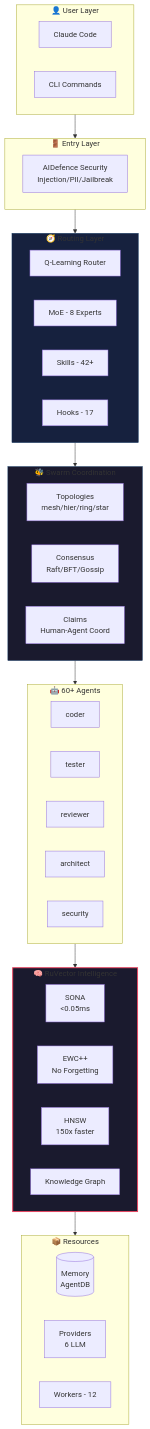
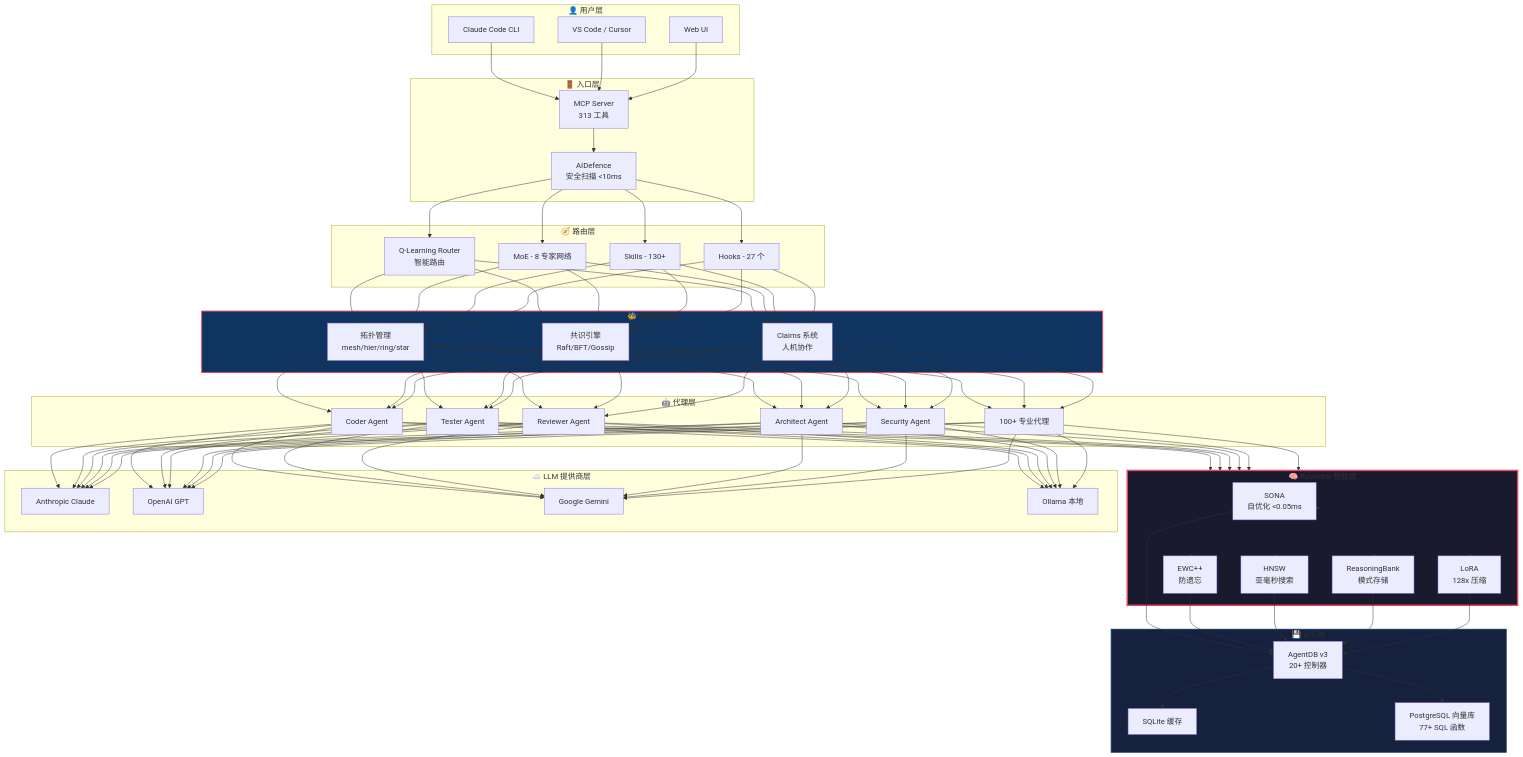
Before and after one commit to qq654436/TianShu-Agent-Deep-Dive: the fourth of 10 diagrams in diagrams/prey_010_architecture.md, drawn with Mermaid. The commit also changed other lines of this file and 5 other files, not shown here.

````diff
--- a/diagrams/prey_010_architecture.md
+++ b/diagrams/prey_010_architecture.md
@@ -145,56 +178,71 @@
 ```mermaid
 flowchart TB
-    subgraph User["👤 User Layer"]
-        CC[Claude Code]
-        CLI[CLI Commands]
+    subgraph User["👤 用户层"]
+        U1[Claude Code CLI]
+        U2[VS Code / Cursor]
+        U3[Web UI]
     end
 
-    subgraph Entry["🚪 Entry Layer"]
-        AID[AIDefence Security<br/>Injection/PII/Jailbreak]
+    subgraph Entry["🚪 入口层"]
+        MCP[MCP Server<br/>313 工具]
+        AID[AIDefence<br/>安全扫描 <10ms]
     end
 
-    subgraph Routing["🧭 Routing Layer"]
-        QL[Q-Learning Router]
-        MoE[MoE - 8 Experts]
-        SK[Skills - 42+]
-        HK[Hooks - 17]
+    subgraph Routing["🧭 路由层"]
+        QL[Q-Learning Router<br/>智能路由]
+        MOE[MoE - 8 专家网络]
+        SK[Skills - 130+]
+        HK[Hooks - 27 个]
     end
 
-    subgraph Swarm["🐝 Swarm Coordination"]
-        Topo[Topologies<br/>mesh/hier/ring/star]
-        Cons[Consensus<br/>Raft/BFT/Gossip]
-        Clm[Claims<br/>Human-Agent Coord]
+    subgraph Swarm["🐝 蜂群协调层"]
+        TOPO[拓扑管理<br/>mesh/hier/ring/star]
+        CONS[共识引擎<br/>Raft/BFT/Gossip]
+        CLM[Claims 系统<br/>人机协作]
     end
 
-    subgraph Agents["🤖 60+ Agents"]
-        AG1[coder]
-        AG2[tester]
-        AG3[reviewer]
-        AG4[architect]
-        AG5[security]
+    subgraph Agents["🤖 代理层"]
+        A1[Coder Agent]
+        A2[Tester Agent]
+        A3[Reviewer Agent]
+        A4[Architect Agent]
+        A5[Security Agent]
+        A6[100+ 专业代理]
     end
 
-    subgraph Intelligence["🧠 RuVector Intelligence"]
-        SONA[SONA<br/><0.05ms]
-        EWC[EWC++<br/>No Forgetting]
-        HNSW[HNSW<br/>150x faster]
-        Graph[Knowledge Graph]
+    subgraph Intelligence["🧠 RuVector 智能层"]
+        SONA[SONA<br/>自优化 <0.05ms]
+        EWC[EWC++<br/>防遗忘]
+        HNSW[HNSW<br/>亚毫秒搜索]
+        RB[ReasoningBank<br/>模式存储]
+        LORA[LoRA<br/>128x 压缩]
     end
 
-    subgraph Resources["📦 Resources"]
-        Mem[(Memory<br/>AgentDB)]
-        Prov[Providers<br/>6 LLM]
-        Work[Workers - 12]
+    subgraph Memory["💾 记忆层"]
+        AgentDB[AgentDB v3<br/>20+ 控制器]
+        SQLite[SQLite 缓存]
+        PostgreSQL[PostgreSQL 向量库<br/>77+ SQL 函数]
     end
 
-    User --> Entry
-    Entry --> Routing
-    Routing --> Swarm
-    Swarm --> Agents
-    Agents --> Intelligence
-    Intelligence --> Resources
+    subgraph Providers["☁️ LLM 提供商层"]
+        P1[Anthropic Claude]
+        P2[OpenAI GPT]
+        P3[Google Gemini]
+        P4[Ollama 本地]
+    end
 
-    style Intelligence fill:#1a1a2e,stroke:#e94560,stroke-width:2px
-    style Routing fill:#16213e,stroke:#0f3460
-    style Swarm fill:#1a1a2e,stroke:#0f3460
+    U1 & U2 & U3 --> MCP
+    MCP --> AID
+    AID --> QL & MOE & SK & HK
+    QL & MOE & SK & HK --> TOPO & CONS & CLM
+    TOPO & CONS & CLM --> A1 & A2 & A3 & A4 & A5 & A6
+    A1 & A2 & A3 & A4 & A5 & A6 --> Intelligence
+    Intelligence --> SONA & EWC & HNSW & RB & LORA
+    SONA & EWC & HNSW & RB & LORA --> AgentDB
+    AgentDB --> SQLite & PostgreSQL
+    A1 & A2 & A3 & A4 & A5 & A6 --> P1 & P2 & P3 & P4
+
+    style Intelligence fill:#1a1a2e,stroke:#e94560,stroke-width:3px
+    style Memory fill:#16213e,stroke:#0f3460,stroke-width:2px
+    style Swarm fill:#0f3460,stroke:#e94560,stroke-width:2px
 ```
````
